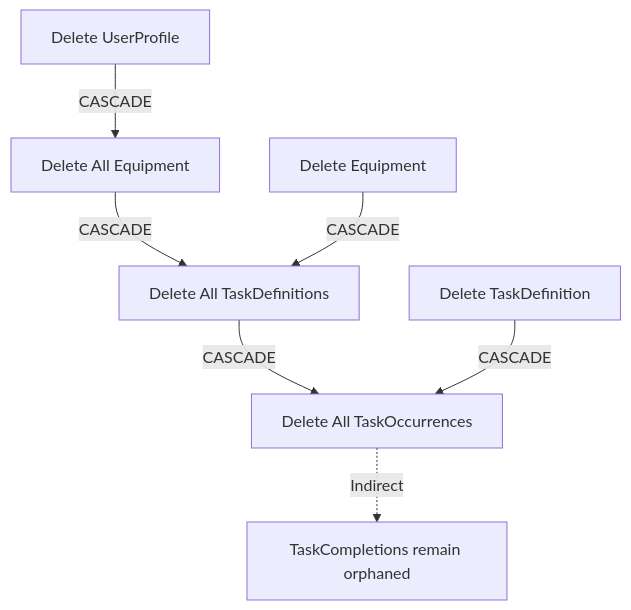
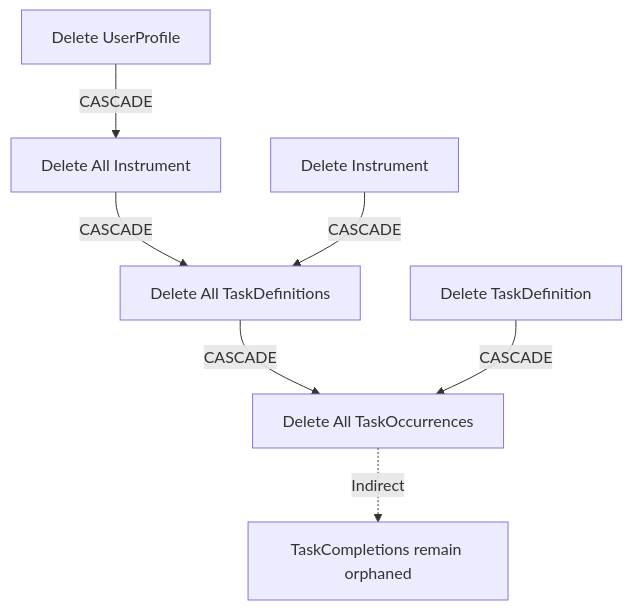
Before and after one commit to beveridges/practice-app: the second of 2 diagrams in DATABASE_RELATIONSHIPS.md, drawn with Mermaid. The commit also changed other lines of this file and 40 other files, not shown here.

````diff
--- a/DATABASE_RELATIONSHIPS.md
+++ b/DATABASE_RELATIONSHIPS.md
@@ -189,10 +189,10 @@
 ```mermaid
 flowchart TD
-    A[Delete UserProfile] -->|CASCADE| B[Delete All Equipment]
+    A[Delete UserProfile] -->|CASCADE| B[Delete All Instrument]
     B -->|CASCADE| C[Delete All TaskDefinitions]
     C -->|CASCADE| D[Delete All TaskOccurrences]
     D -.->|Indirect| E[TaskCompletions remain orphaned]
     
-    F[Delete Equipment] -->|CASCADE| C
+    F[Delete Instrument] -->|CASCADE| C
     G[Delete TaskDefinition] -->|CASCADE| D
 ```
````
